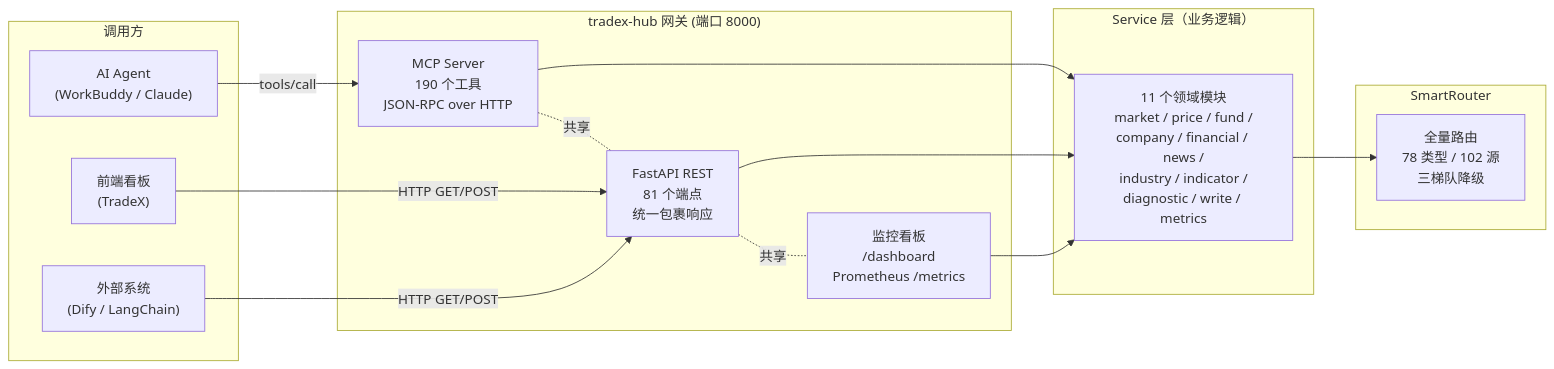
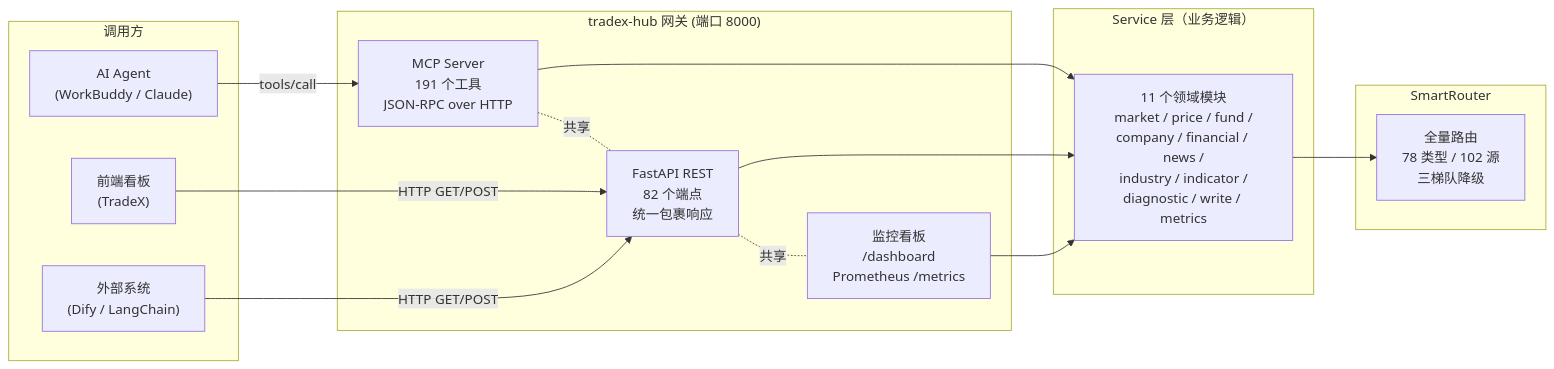
One commit to wolfjkd/tradex-hub changed the first of 2 diagrams in README.md. Above: the diagram before and after it, drawn with Mermaid. The commit also changed other lines of this file and 16 other files, not shown here.

````diff
--- a/README.md
+++ b/README.md
@@ -100,32 +100,32 @@
 ```mermaid
 flowchart LR
     subgraph Caller["调用方"]
         A1["AI Agent<br/>(WorkBuddy / Claude)"]
         A2["前端看板<br/>(TradeX)"]
         A3["外部系统<br/>(Dify / LangChain)"]
     end
 
     subgraph Gateway["tradex-hub 网关 (端口 8000)"]
-        B1["MCP Server<br/>190 个工具<br/>JSON-RPC over HTTP"]
-        B2["FastAPI REST<br/>81 个端点<br/>统一包裹响应"]
+        B1["MCP Server<br/>191 个工具<br/>JSON-RPC over HTTP"]
+        B2["FastAPI REST<br/>82 个端点<br/>统一包裹响应"]
         B3["监控看板<br/>/dashboard<br/>Prometheus /metrics"]
         B1 -.共享.- B2
         B2 -.共享.- B3
     end
 
     subgraph Service["Service 层（业务逻辑）"]
         C1["11 个领域模块<br/>market / price / fund /<br/>company / financial / news /<br/>industry / indicator /<br/>diagnostic / write / metrics"]
     end
 
     subgraph Router["SmartRouter"]
         D1["全量路由<br/>78 类型 / 102 源<br/>三梯队降级"]
     end
 
     A1 -->|tools/call| B1
     A2 -->|HTTP GET/POST| B2
     A3 -->|HTTP GET/POST| B2
     B1 --> C1
     B2 --> C1
     B3 --> C1
     C1 --> D1
 ```
````
